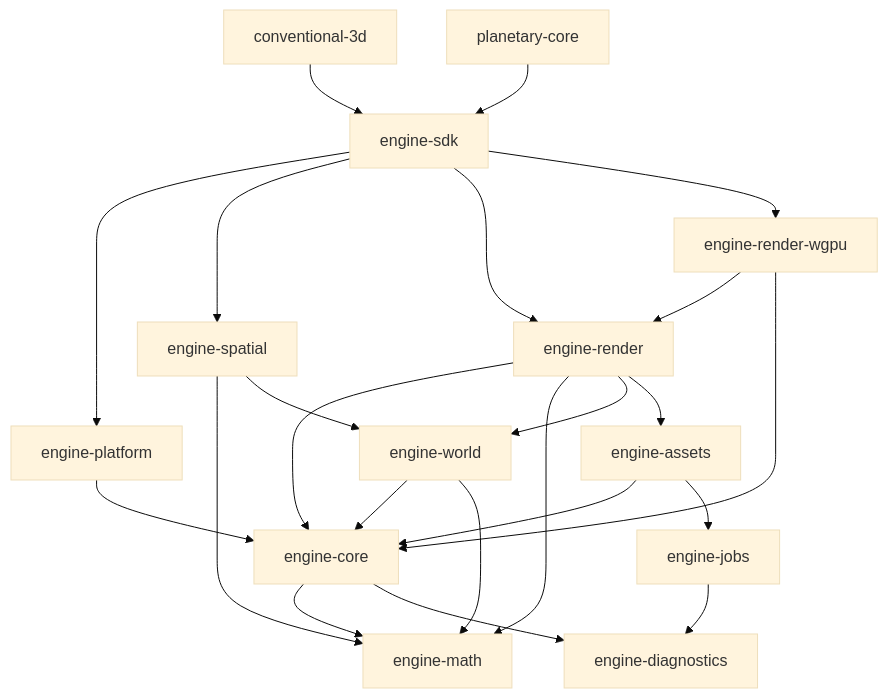
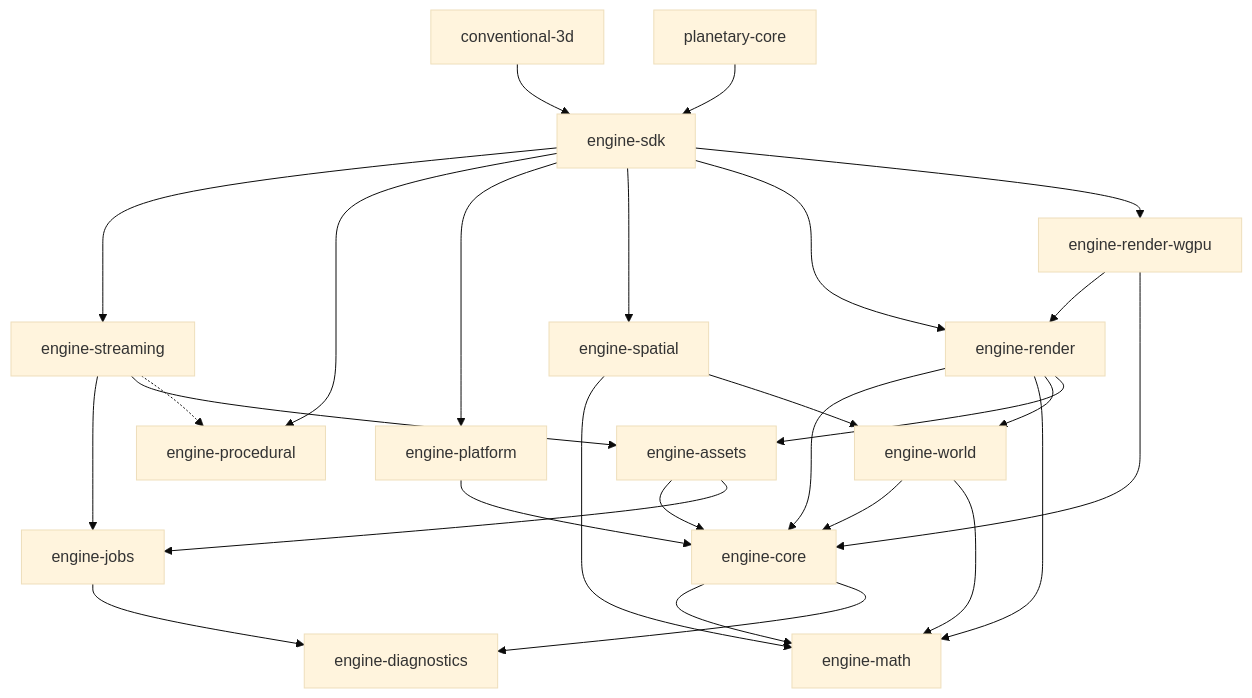
The diagram in docs/architecture/dependency-direction.md (ajoakim/Ar-C-Engine), drawn with Mermaid (base theme) before and after one commit. The commit also changed other lines of this file and 2 other files, not shown here.

Commit message:
feat(06-01): add layer rows, dependency doc and ADR-0008 docs policy test

````diff
--- a/docs/architecture/dependency-direction.md
+++ b/docs/architecture/dependency-direction.md
@@ -50,25 +54,30 @@
 ```mermaid
 graph TD
     engine-core --> engine-math
     engine-core --> engine-diagnostics
     engine-jobs --> engine-diagnostics
     engine-platform --> engine-core
     engine-assets --> engine-core
     engine-assets --> engine-jobs
     engine-world --> engine-core
     engine-world --> engine-math
     engine-spatial --> engine-math
     engine-spatial --> engine-world
     engine-render --> engine-core
     engine-render --> engine-math
     engine-render --> engine-world
     engine-render --> engine-assets
     engine-render-wgpu --> engine-render
     engine-render-wgpu --> engine-core
+    engine-streaming --> engine-jobs
+    engine-streaming --> engine-assets
+    engine-streaming -.-> engine-procedural
+    engine-sdk --> engine-streaming
+    engine-sdk --> engine-procedural
     engine-sdk --> engine-platform
     engine-sdk --> engine-spatial
     engine-sdk --> engine-render
     engine-sdk --> engine-render-wgpu
     conventional-3d --> engine-sdk
     planetary-core --> engine-sdk
 ```
````
